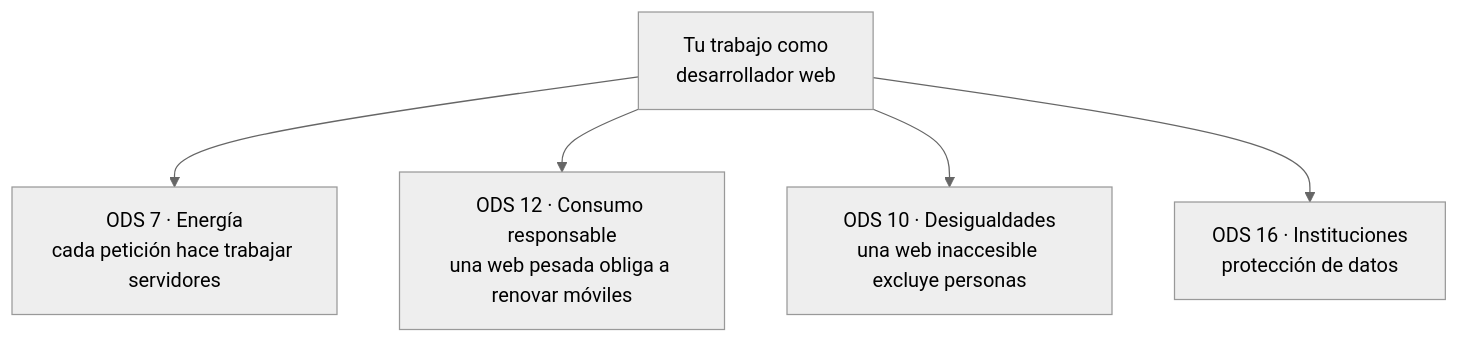
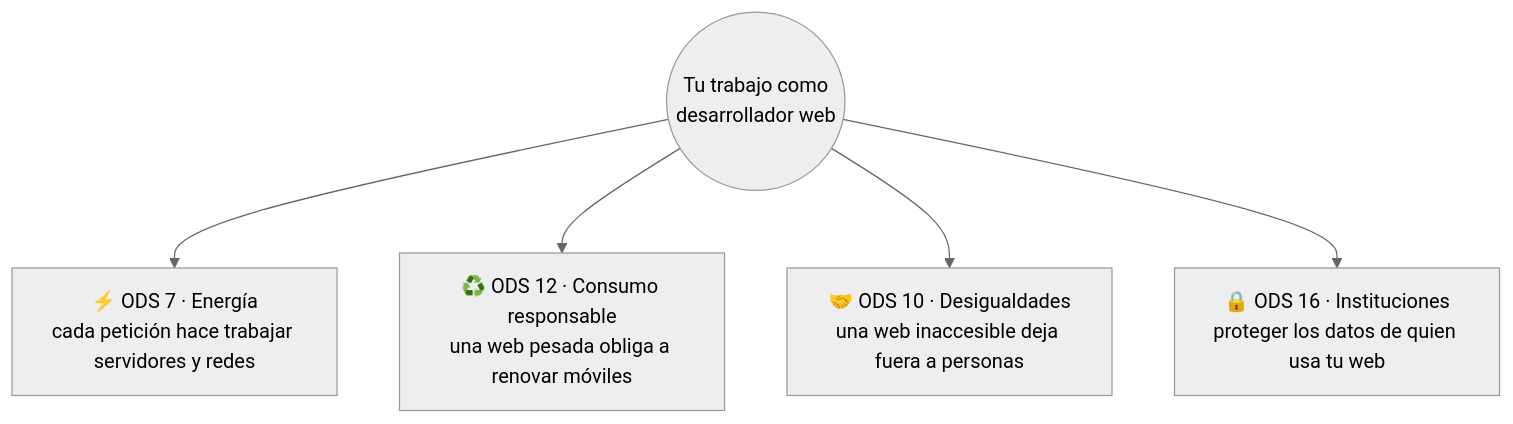
Before and after one commit to campusdevfp/sost2627: the second of 14 diagrams in docs/ut3/index.md, drawn with Mermaid (neutral theme). The commit also changed other lines of this file and 11 other files, not shown here.

````diff
--- a/docs/ut3/index.md
+++ b/docs/ut3/index.md
@@ -13,7 +21,8 @@
 ```mermaid
 flowchart TB
-    T[Tu trabajo como<br/>desarrollador web] --> O7["ODS 7 · Energía<br/>cada petición hace trabajar servidores"]
-    T --> O12["ODS 12 · Consumo responsable<br/>una web pesada obliga a renovar móviles"]
-    T --> O10["ODS 10 · Desigualdades<br/>una web inaccesible excluye personas"]
-    T --> O16["ODS 16 · Instituciones<br/>protección de datos"]
+    T(("Tu trabajo como<br/>desarrollador web"))
+    T --> O7["⚡ ODS 7 · Energía<br/>cada petición hace trabajar servidores y redes"]
+    T --> O12["♻️ ODS 12 · Consumo responsable<br/>una web pesada obliga a renovar móviles"]
+    T --> O10["🤝 ODS 10 · Desigualdades<br/>una web inaccesible deja fuera a personas"]
+    T --> O16["🔒 ODS 16 · Instituciones<br/>proteger los datos de quien usa tu web"]
 ```
````
